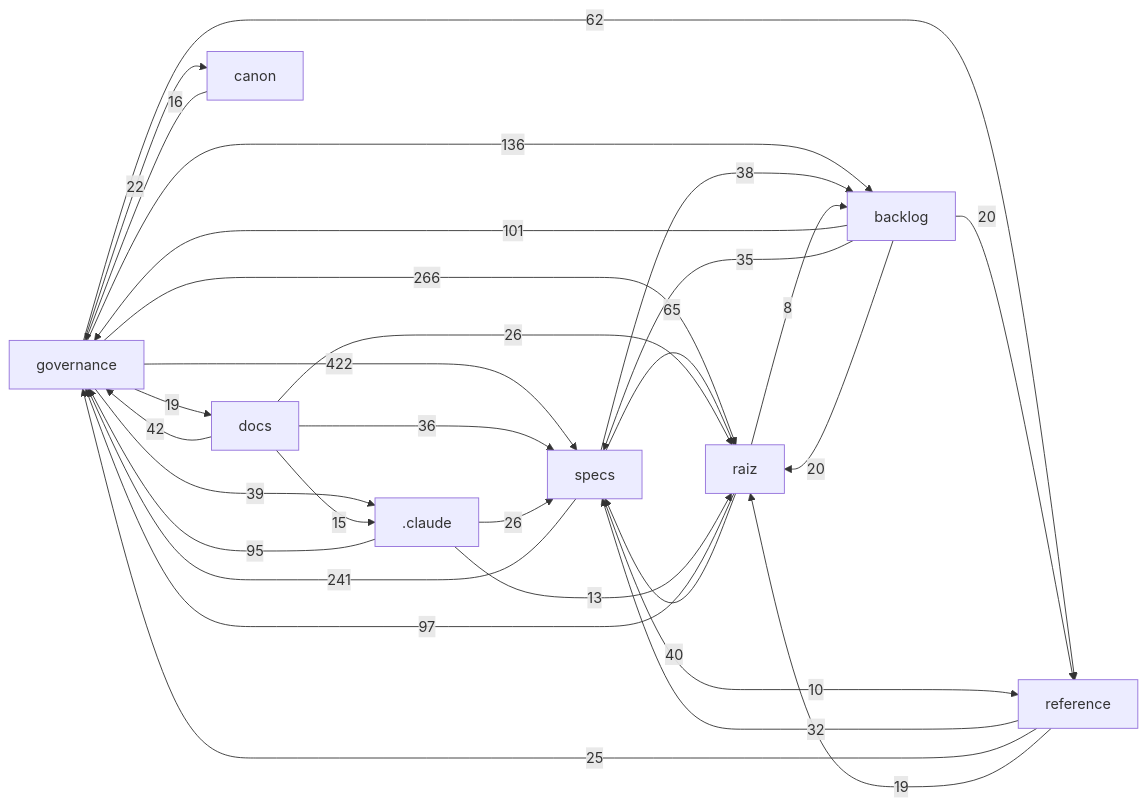
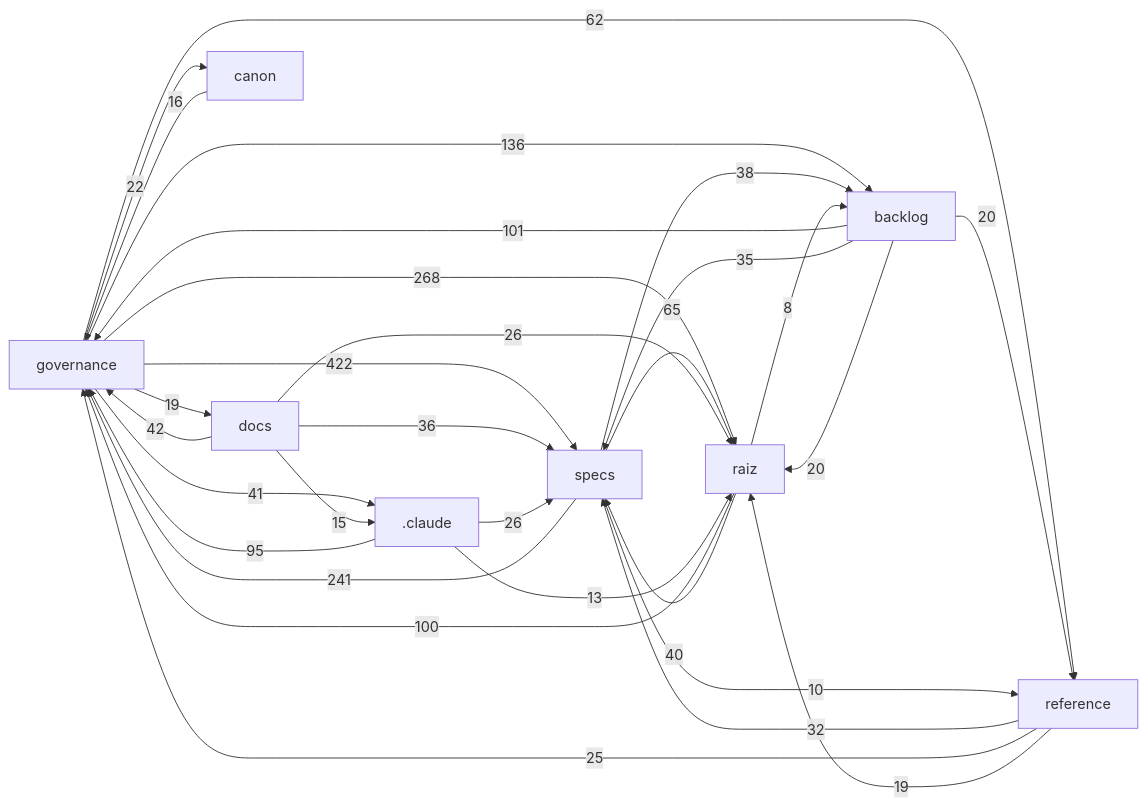
Before and after one commit to Andraus35/Sistema-Operacional-de-Trading--SOT: the diagram in docs/mapa/MAPA-PROJETO.md, drawn with Mermaid. The commit also changed other lines of this file and 7 other files, not shown here.

````diff
--- a/docs/mapa/MAPA-PROJETO.md
+++ b/docs/mapa/MAPA-PROJETO.md
@@ -29,32 +29,32 @@
 ```mermaid
 flowchart LR
   governance["governance"] -->|422| specs["specs"]
-  governance["governance"] -->|266| raiz["raiz"]
+  governance["governance"] -->|268| raiz["raiz"]
   specs["specs"] -->|241| governance["governance"]
   governance["governance"] -->|136| backlog["backlog"]
   backlog["backlog"] -->|101| governance["governance"]
-  raiz["raiz"] -->|97| governance["governance"]
+  raiz["raiz"] -->|100| governance["governance"]
   _claude[".claude"] -->|95| governance["governance"]
   specs["specs"] -->|65| raiz["raiz"]
   governance["governance"] -->|62| reference["reference"]
   docs["docs"] -->|42| governance["governance"]
+  governance["governance"] -->|41| _claude[".claude"]
   raiz["raiz"] -->|40| specs["specs"]
-  governance["governance"] -->|39| _claude[".claude"]
   specs["specs"] -->|38| backlog["backlog"]
   docs["docs"] -->|36| specs["specs"]
   backlog["backlog"] -->|35| specs["specs"]
   reference["reference"] -->|32| specs["specs"]
   _claude[".claude"] -->|26| specs["specs"]
   docs["docs"] -->|26| raiz["raiz"]
   reference["reference"] -->|25| governance["governance"]
   governance["governance"] -->|22| canon["canon"]
   backlog["backlog"] -->|20| raiz["raiz"]
   backlog["backlog"] -->|20| reference["reference"]
   governance["governance"] -->|19| docs["docs"]
   reference["reference"] -->|19| raiz["raiz"]
   canon["canon"] -->|16| governance["governance"]
   docs["docs"] -->|15| _claude[".claude"]
   _claude[".claude"] -->|13| raiz["raiz"]
   specs["specs"] -->|10| reference["reference"]
   raiz["raiz"] -->|8| backlog["backlog"]
 ```
````
